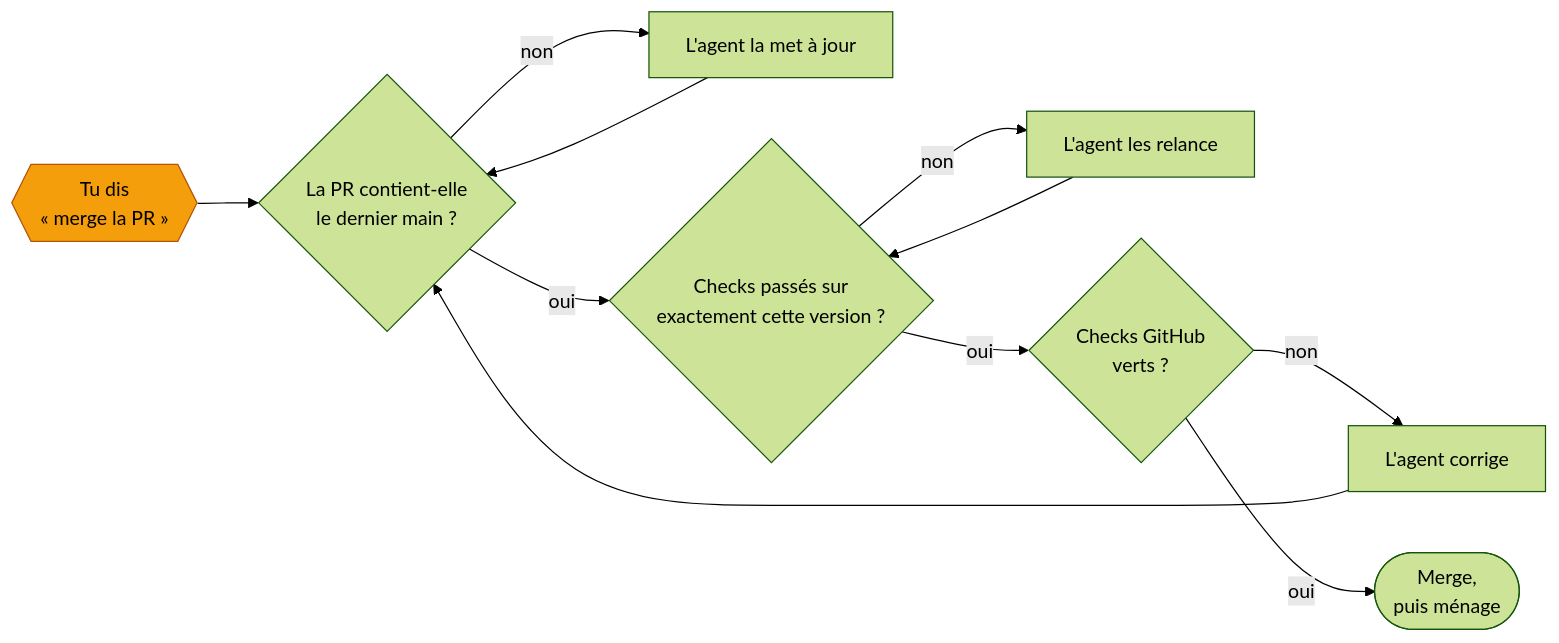
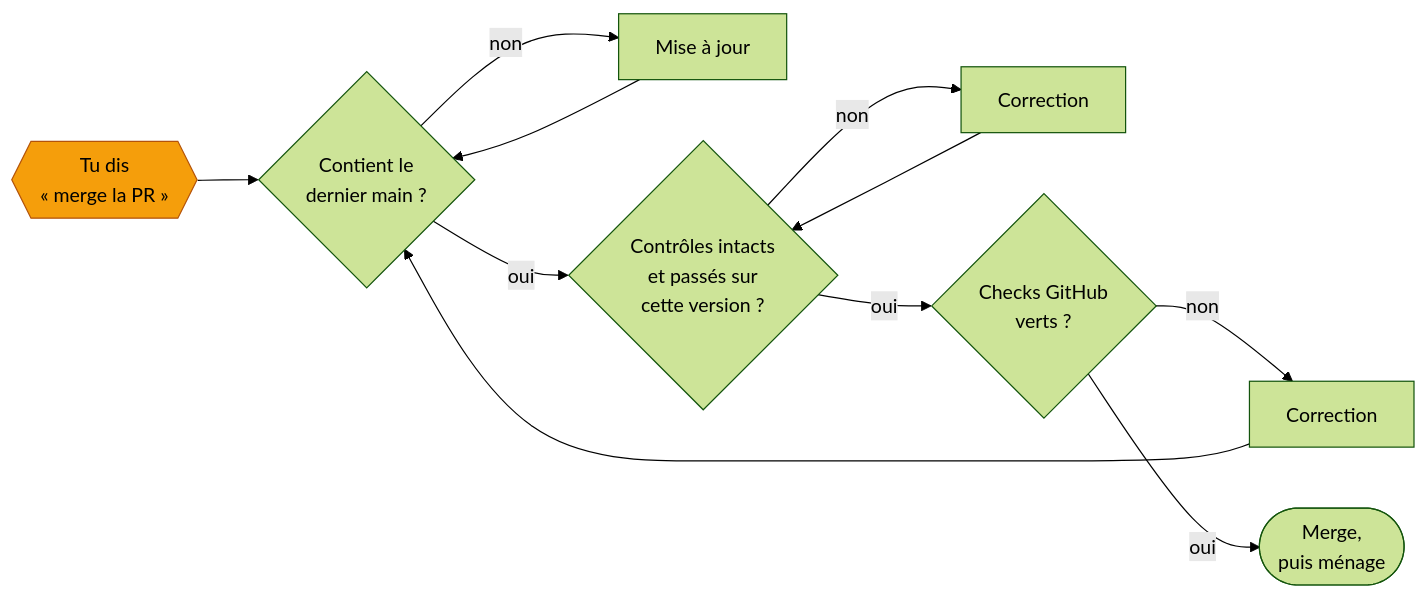
One commit to arthurnicolas59/an-forge changed the fifth of 7 diagrams in README.md. Above: the diagram before and after it, drawn with Mermaid (forest theme). The commit also changed other lines of this file, not shown here.

````diff
--- a/README.md
+++ b/README.md
@@ -297,13 +287,13 @@
 ```mermaid
 flowchart LR
-    toi{{"Tu dis<br/>« merge la PR »"}} --> q1{"La PR contient-elle<br/>le dernier main ?"}
-    q1 -->|"non"| maj["L'agent la met à jour"] --> q1
-    q1 -->|"oui"| q2{"Checks passés sur<br/>exactement cette version ?"}
-    q2 -->|"non"| rel["L'agent les relance"] --> q2
+    toi{{"Tu dis<br/>« merge la PR »"}} --> q1{"Contient le<br/>dernier main ?"}
+    q1 -->|"non"| maj["Mise à jour"] --> q1
+    q1 -->|"oui"| q2{"Contrôles intacts<br/>et passés sur<br/>cette version ?"}
+    q2 -->|"non"| rel["Correction"] --> q2
     q2 -->|"oui"| q3{"Checks GitHub<br/>verts ?"}
-    q3 -->|"non"| cor["L'agent corrige"] --> q1
+    q3 -->|"non"| cor["Correction"] --> q1
     q3 -->|"oui"| merge(["Merge,<br/>puis ménage"])
 
     classDef toi fill:#f59e0b,stroke:#b45309,color:#000
     class toi toi
 ```
````
